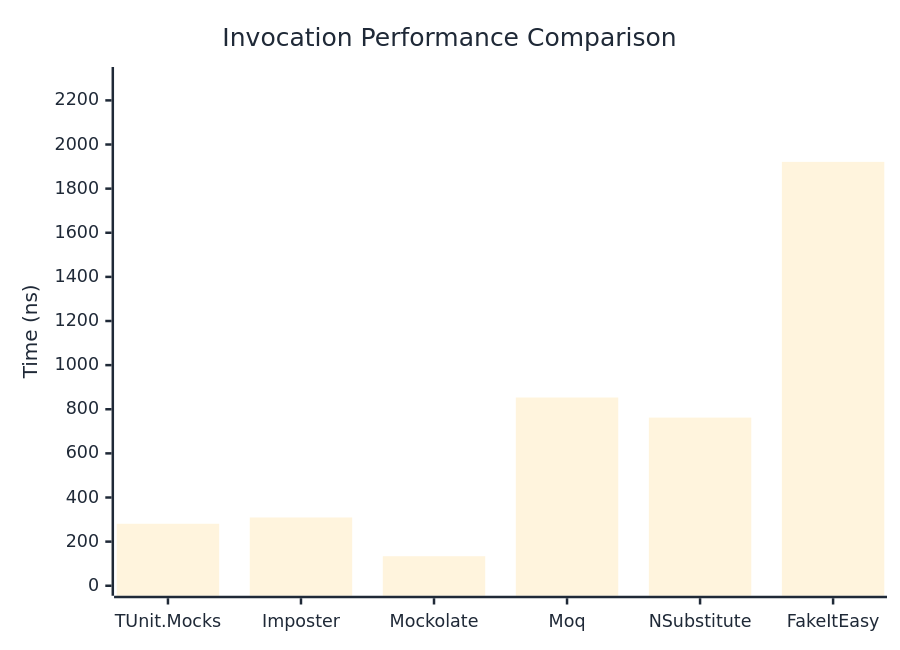
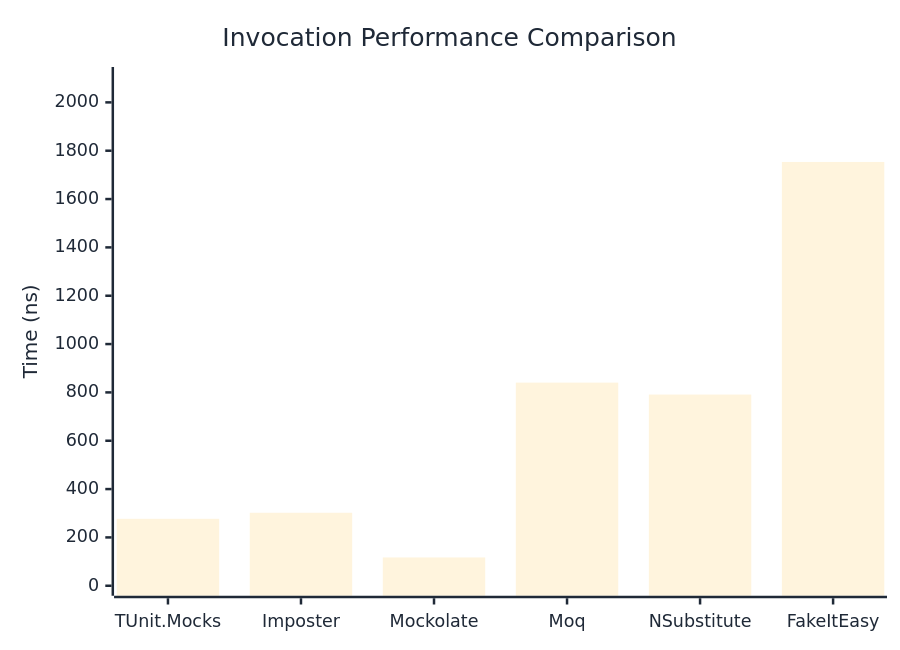
One commit to thomhurst/TUnit changed the first of 3 diagrams in docs/docs/benchmarks/mocks/Invocation.md. Above: the diagram before and after it, drawn with Mermaid. The commit also changed other lines of this file and 14 other files, not shown here.

````diff
--- a/docs/docs/benchmarks/mocks/Invocation.md
+++ b/docs/docs/benchmarks/mocks/Invocation.md
@@ -30,27 +30,27 @@
 ```mermaid
 %%{init: {
   'theme':'base',
   'themeVariables': {
     'primaryColor': '#2563eb',
     'primaryTextColor': '#1f2937',
     'primaryBorderColor': '#1e40af',
     'lineColor': '#6b7280',
     'secondaryColor': '#7c3aed',
     'tertiaryColor': '#dc2626',
     'background': '#ffffff',
     'pie1': '#2563eb',
     'pie2': '#7c3aed',
     'pie3': '#dc2626',
     'pie4': '#f59e0b',
     'pie5': '#10b981',
     'pie6': '#06b6d4',
     'pie7': '#ec4899',
     'pie8': '#6366f1'
   }
 }}%%
 xychart-beta
   title "Invocation Performance Comparison"
   x-axis ["TUnit.Mocks", "Imposter", "Mockolate", "Moq", "NSubstitute", "FakeItEasy"]
-  y-axis "Time (ns)" 0 --> 2306
-  bar [281, 309.4, 133.9, 853.2, 762.2, 1921.3]
+  y-axis "Time (ns)" 0 --> 2105
+  bar [277, 302.04, 117.07, 840.46, 791.06, 1753.44]
 ```
````
